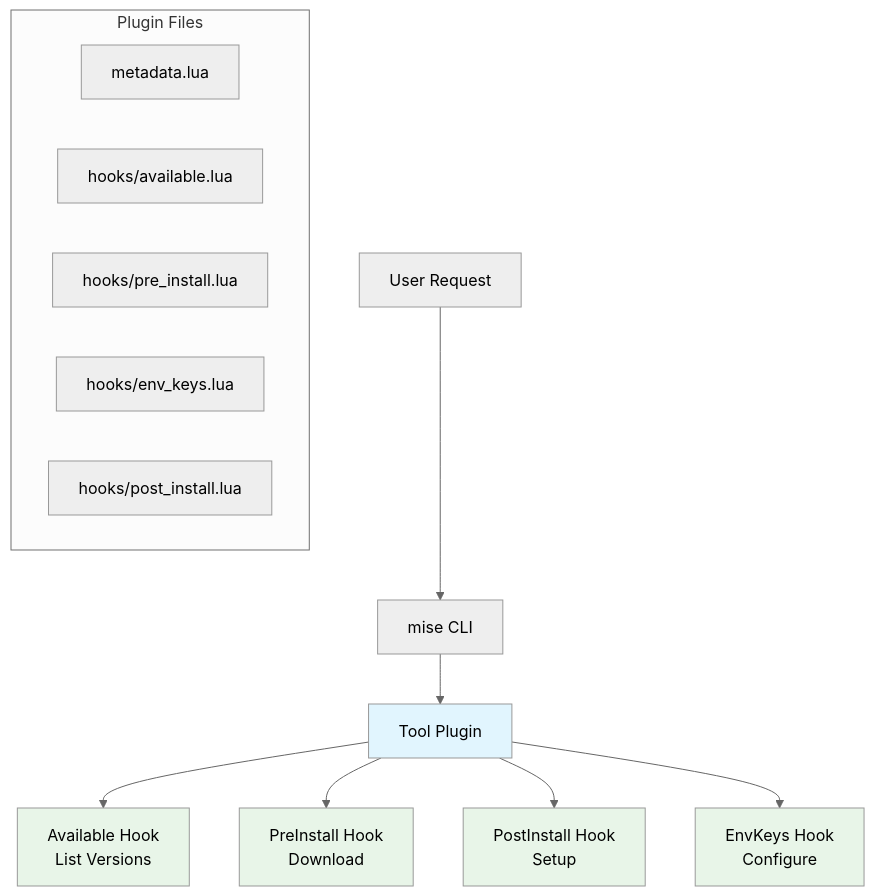
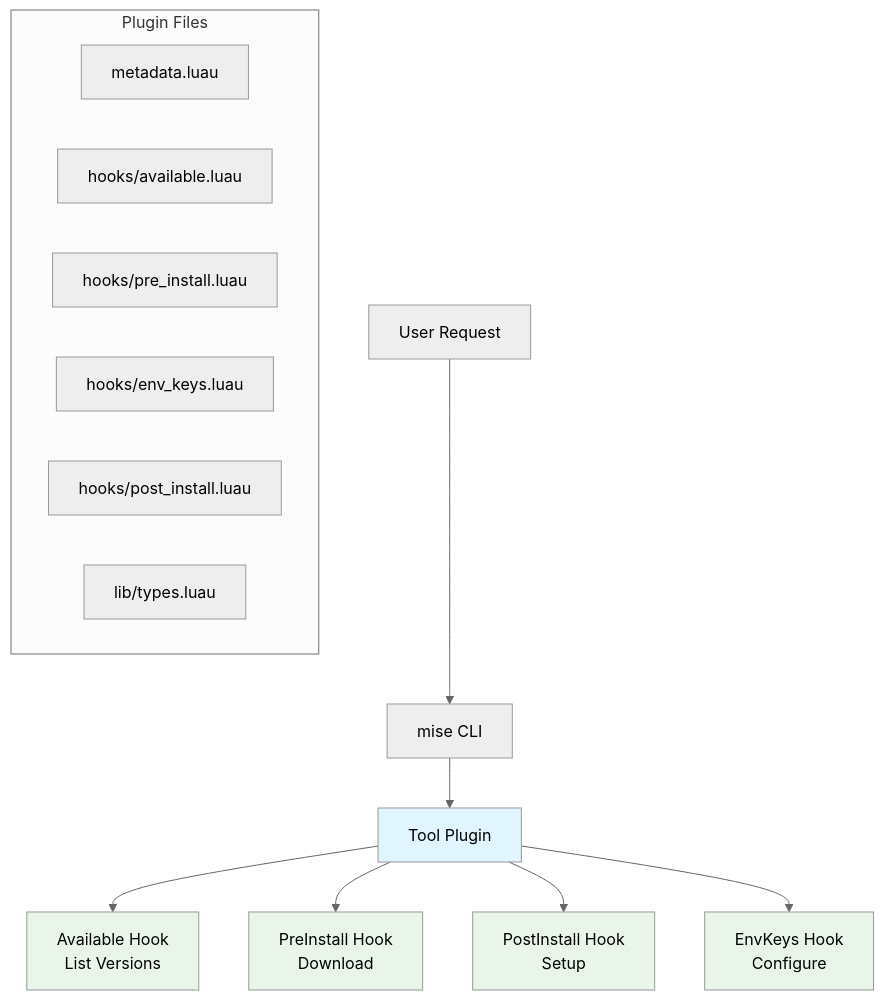
One commit to jdx/mise changed the diagram in docs/tool-plugin-development.md. Above: the diagram before and after it, drawn with Mermaid (neutral theme). The commit also changed other lines of this file and 3 other files, not shown here.

````diff
--- a/docs/tool-plugin-development.md
+++ b/docs/tool-plugin-development.md
@@ -19,24 +19,25 @@
 ```mermaid
 graph TD
     A[User Request] --> B[mise CLI]
     B --> C[Tool Plugin]
 
     C --> D[Available Hook<br/>List Versions]
     C --> E[PreInstall Hook<br/>Download]
     C --> F[PostInstall Hook<br/>Setup]
     C --> G[EnvKeys Hook<br/>Configure]
 
     subgraph "Plugin Files"
-        H[metadata.lua]
-        I[hooks/available.lua]
-        J[hooks/pre_install.lua]
-        K[hooks/env_keys.lua]
-        L[hooks/post_install.lua]
+        H[metadata.luau]
+        I[hooks/available.luau]
+        J[hooks/pre_install.luau]
+        K[hooks/env_keys.luau]
+        L[hooks/post_install.luau]
+        M[lib/types.luau]
     end
 
     style C fill:#e1f5fe
     style D fill:#e8f5e8
     style E fill:#e8f5e8
     style F fill:#e8f5e8
     style G fill:#e8f5e8
 ```
````
